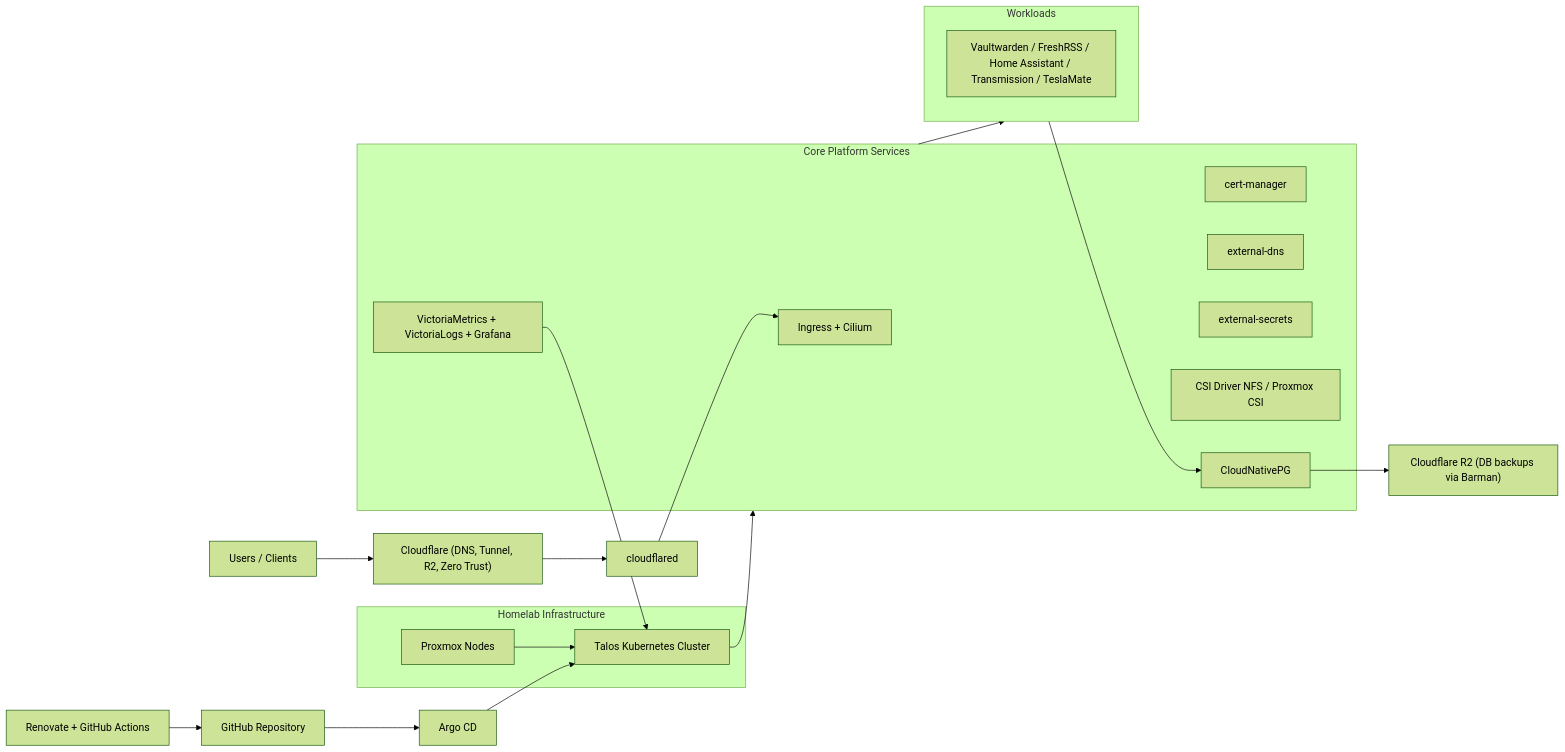
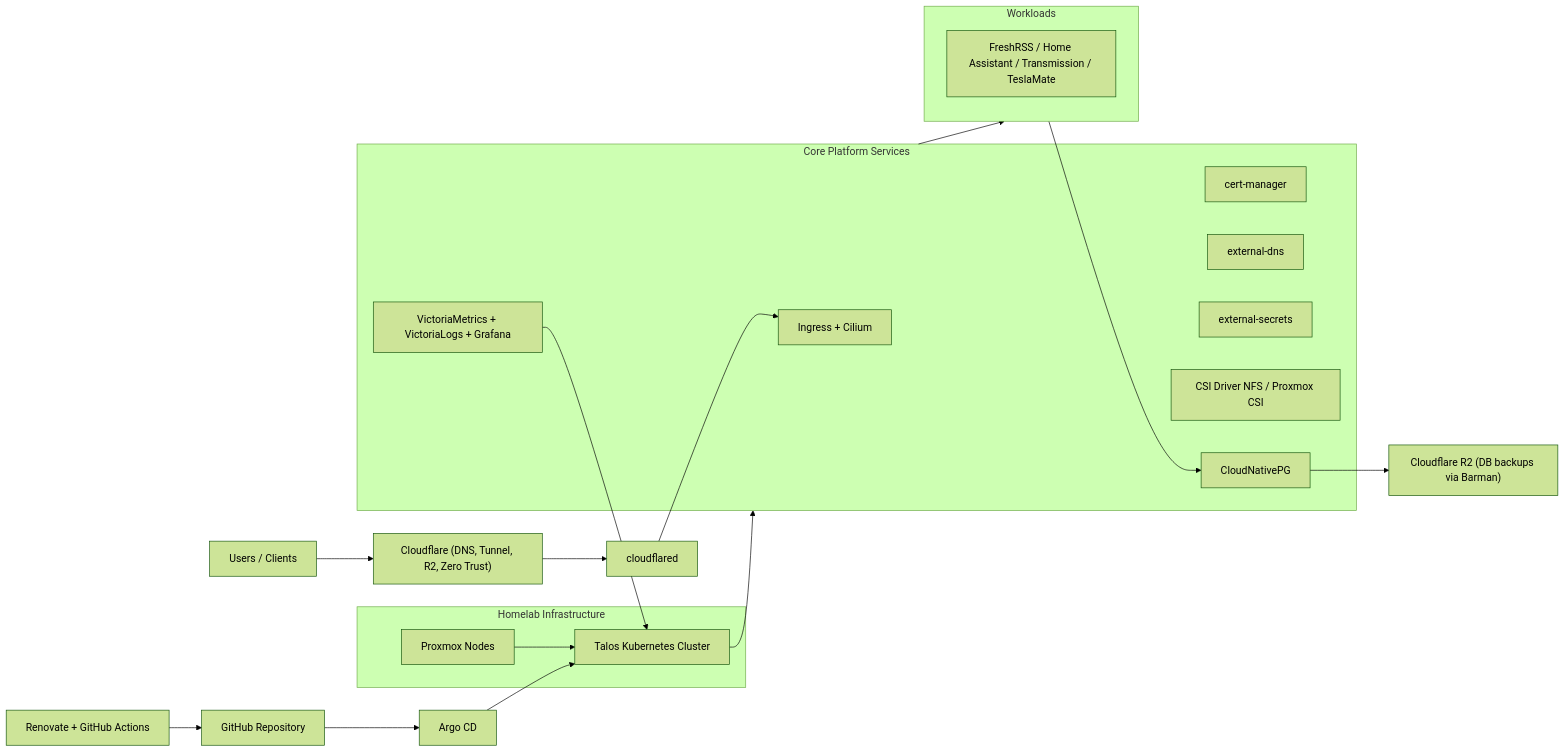
The diagram in README.md (nidr0x/k8s-gitops), drawn with Mermaid (forest theme) before and after one commit. The commit also changed other lines of this file and 11 other files, not shown here.

````diff
--- a/README.md
+++ b/README.md
@@ -77,35 +76,35 @@
 ```mermaid
 flowchart LR
     U["Users / Clients"] --> CF["Cloudflare (DNS, Tunnel, R2, Zero Trust)"]
     GH["GitHub Repository"] --> ARGO["Argo CD"]
     REN["Renovate + GitHub Actions"] --> GH
     CF --> CFLT["cloudflared"]
 
     subgraph INFRA["Homelab Infrastructure"]
       PVE["Proxmox Nodes"] --> TAL["Talos Kubernetes Cluster"]
     end
 
     ARGO --> TAL
     CFLT --> ING["Ingress + Cilium"]
 
     subgraph PLATFORM["Core Platform Services"]
       ING
       CERT["cert-manager"]
       EXTDNS["external-dns"]
       EXTS["external-secrets"]
       NFS["CSI Driver NFS / Proxmox CSI"]
       PG["CloudNativePG"]
       MON["VictoriaMetrics + VictoriaLogs + Grafana"]
     end
 
     TAL --> PLATFORM
 
     subgraph APPS["Workloads"]
-      APP1["Vaultwarden / FreshRSS / Home Assistant / Transmission / TeslaMate"]
+      APP1["FreshRSS / Home Assistant / Transmission / TeslaMate"]
     end
 
     PLATFORM --> APPS
     APPS --> PG
     MON --> TAL
     PG --> R2["Cloudflare R2 (DB backups via Barman)"]
 ```
````
